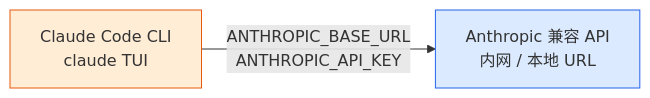
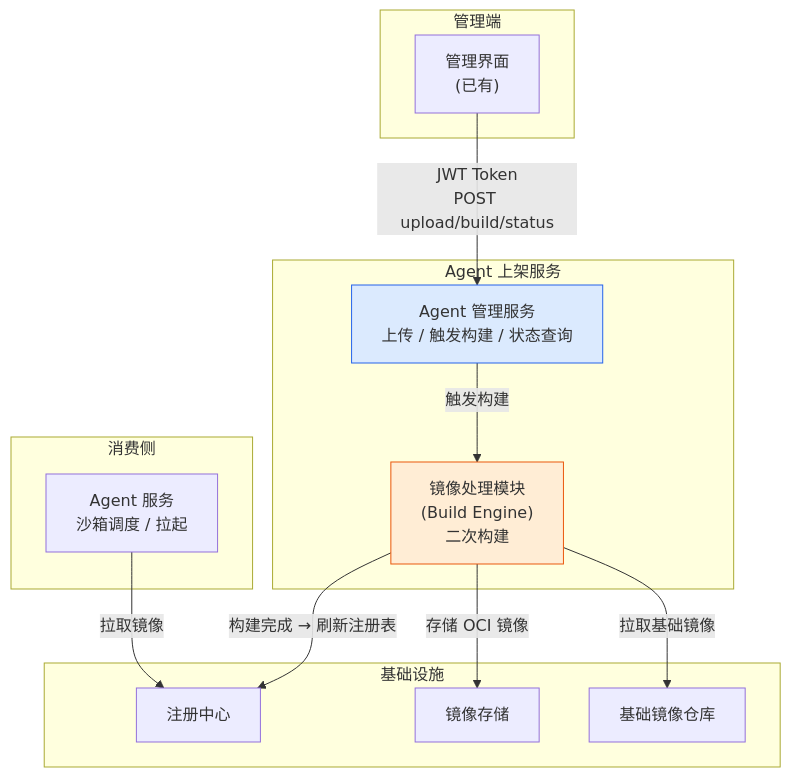
The first of 2 diagrams in codeagent/docs/design/claude-code-offline-install.md (csoulnd/InferTechNote), drawn with Mermaid before and after one commit. The commit also changed other lines of this file, not shown here.

````diff
--- a/codeagent/docs/design/claude-code-offline-install.md
+++ b/codeagent/docs/design/claude-code-offline-install.md
@@ -22,10 +39,31 @@
 ```mermaid
-flowchart LR
-    CC["Claude Code CLI<br/>claude TUI"]
-    API["Anthropic 兼容 API<br/>内网 / 本地 URL"]
+flowchart TB
+    subgraph 管理端
+        UI["管理界面<br/>(已有)"]
+    end
 
-    CC -->|"ANTHROPIC_BASE_URL<br/>ANTHROPIC_API_KEY"| API
+    subgraph Agent 上架服务
+        AM["Agent 管理服务<br/>上传 / 触发构建 / 状态查询"]
+        BE["镜像处理模块<br/>(Build Engine)<br/>二次构建"]
+    end
 
-    style CC fill:#ffedd5,stroke:#ea580c
-    style API fill:#dbeafe,stroke:#2563eb
+    subgraph 基础设施
+        BR["基础镜像仓库"]
+        REG["注册中心"]
+        STORE["镜像存储"]
+    end
+
+    subgraph 消费侧
+        SANDBOX["Agent 服务<br/>沙箱调度 / 拉起"]
+    end
+
+    UI -->|"JWT Token<br/>POST upload/build/status"| AM
+    AM -->|"触发构建"| BE
+    BE -->|"拉取基础镜像"| BR
+    BE -->|"存储 OCI 镜像"| STORE
+    BE -->|"构建完成 → 刷新注册表"| REG
+    SANDBOX -->|"拉取镜像"| REG
+
+    style BE fill:#ffedd5,stroke:#ea580c
+    style AM fill:#dbeafe,stroke:#2563eb
 ```
````
